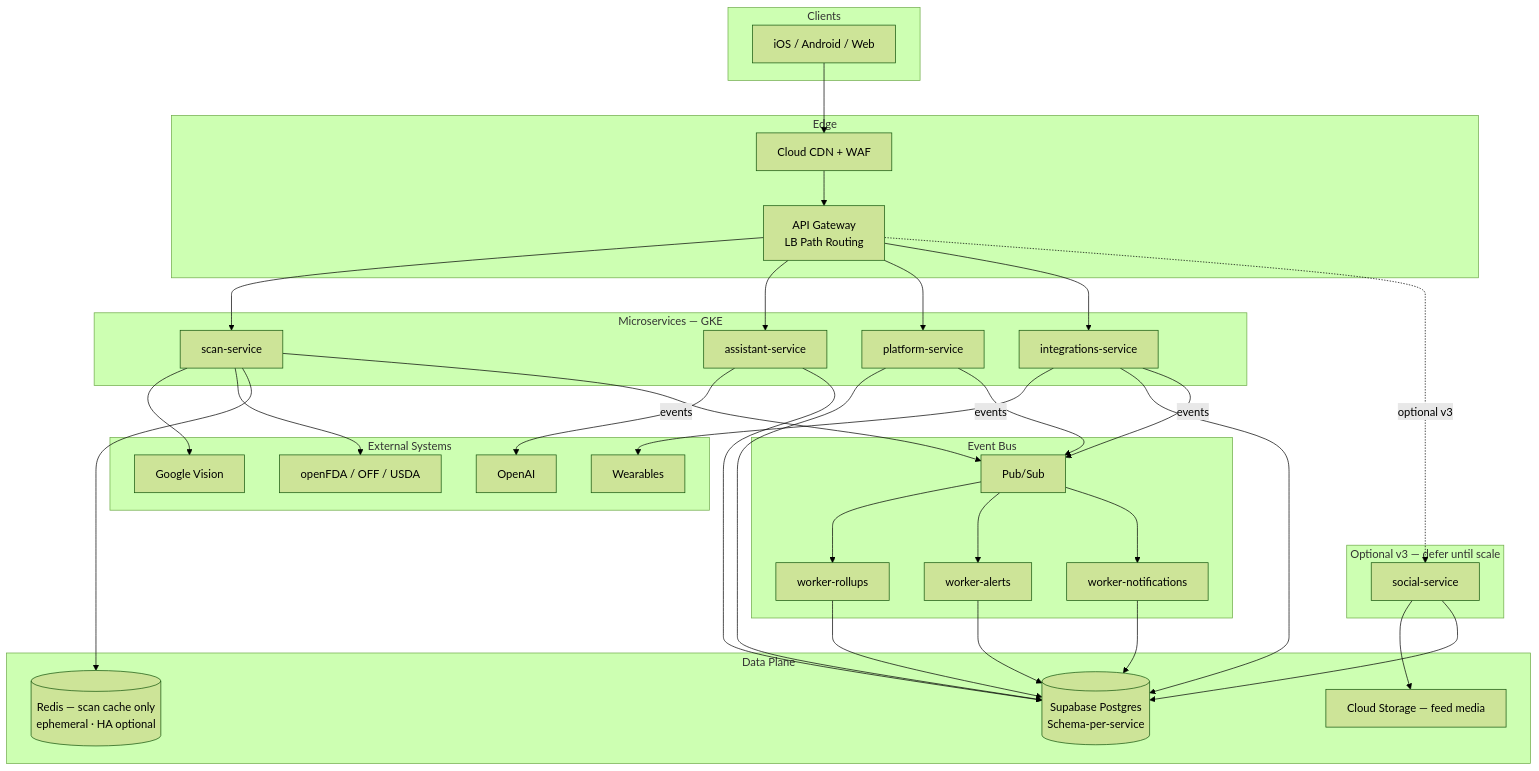
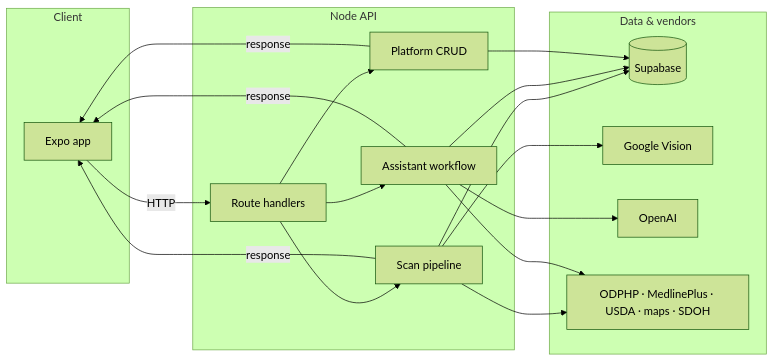
Before and after one commit to wewesemsem/scanandfind-lab: the third of 6 diagrams in docs/architecture-reference.md, drawn with Mermaid (forest theme). The commit also changed other lines of this file and 2 other files, not shown here.

````diff
--- a/docs/architecture-reference.md
+++ b/docs/architecture-reference.md
@@ -188,58 +81,31 @@
 ```mermaid
-flowchart TB
-  subgraph Clients [Clients]
-    App[iOS / Android / Web]
+flowchart LR
+  subgraph client [Client]
+    App[Expo app]
   end
 
-  subgraph Edge [Edge]
-    CDN[Cloud CDN + WAF]
-    GW[API Gateway<br/>LB Path Routing]
+  subgraph api [Node API]
+    Routes[Route handlers]
+    ScanPath[Scan pipeline]
+    AsstPath[Assistant workflow]
+    PlatPath[Platform CRUD]
   end
 
-  subgraph Services [Microservices — GKE]
-    SCAN[scan-service]
-    ASST[assistant-service]
-    PLAT[platform-service]
-    INT[integrations-service]
+  subgraph data [Data & vendors]
+    SB[(Supabase)]
+    Vision[Google Vision]
+    LLM[OpenAI]
+    Tools[ODPHP · MedlinePlus · USDA · maps · SDOH]
   end
 
-  subgraph OptionalV3 [Optional v3 — defer until scale]
-    SOC[social-service]
-  end
-
-  subgraph Async [Event Bus]
-    PS[Pub/Sub]
-    W1[worker-rollups]
-    W2[worker-alerts]
-    W3[worker-notifications]
-  end
-
-  subgraph Data [Data Plane]
-    SB[(Supabase Postgres<br/>Schema-per-service)]
-    Redis[(Redis — scan cache only<br/>ephemeral · HA optional)]
-    GCS[Cloud Storage — feed media]
-  end
-
-  subgraph External [External Systems]
-    OAI[OpenAI]
-    GV[Google Vision]
-    FDA[openFDA / OFF / USDA]
-    Wear[Wearables]
-  end
-
-  App --> CDN --> GW
-  GW --> SCAN & ASST & PLAT & INT
-  GW -.->|optional v3| SOC
-  SCAN --> GV & FDA
-  SCAN --> Redis
-  SCAN -->|events| PS
-  ASST --> OAI
-  ASST --> SB
-  PLAT --> SB
-  INT --> Wear & SB
-  SOC --> GCS & SB
-  PS --> W1 & W2 & W3
-  W1 & W2 & W3 --> SB
-  PLAT -->|events| PS
-  INT -->|events| PS
+  App -->|HTTP| Routes
+  Routes --> ScanPath & AsstPath & PlatPath
+  ScanPath --> Vision
+  ScanPath --> SB
+  ScanPath --> Tools
+  AsstPath --> LLM
+  AsstPath --> Tools
+  AsstPath --> SB
+  PlatPath --> SB
+  ScanPath & AsstPath & PlatPath -->|response| App
 ```
````
